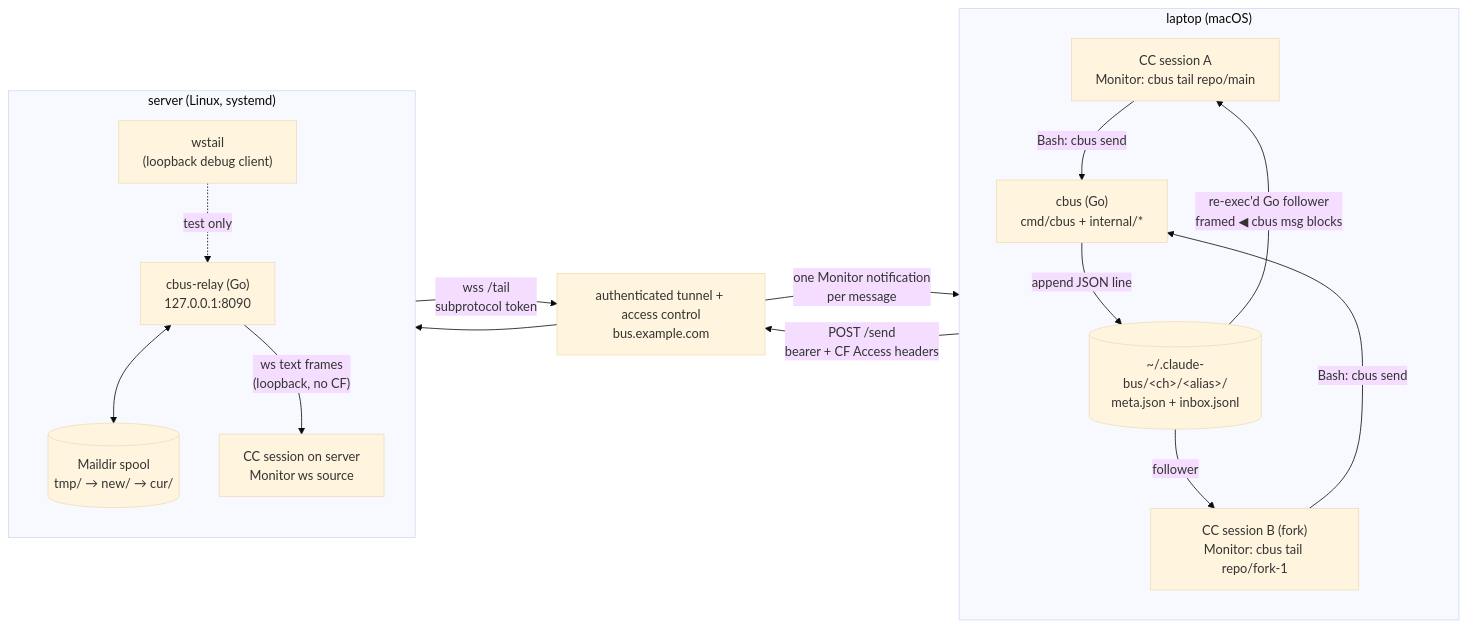
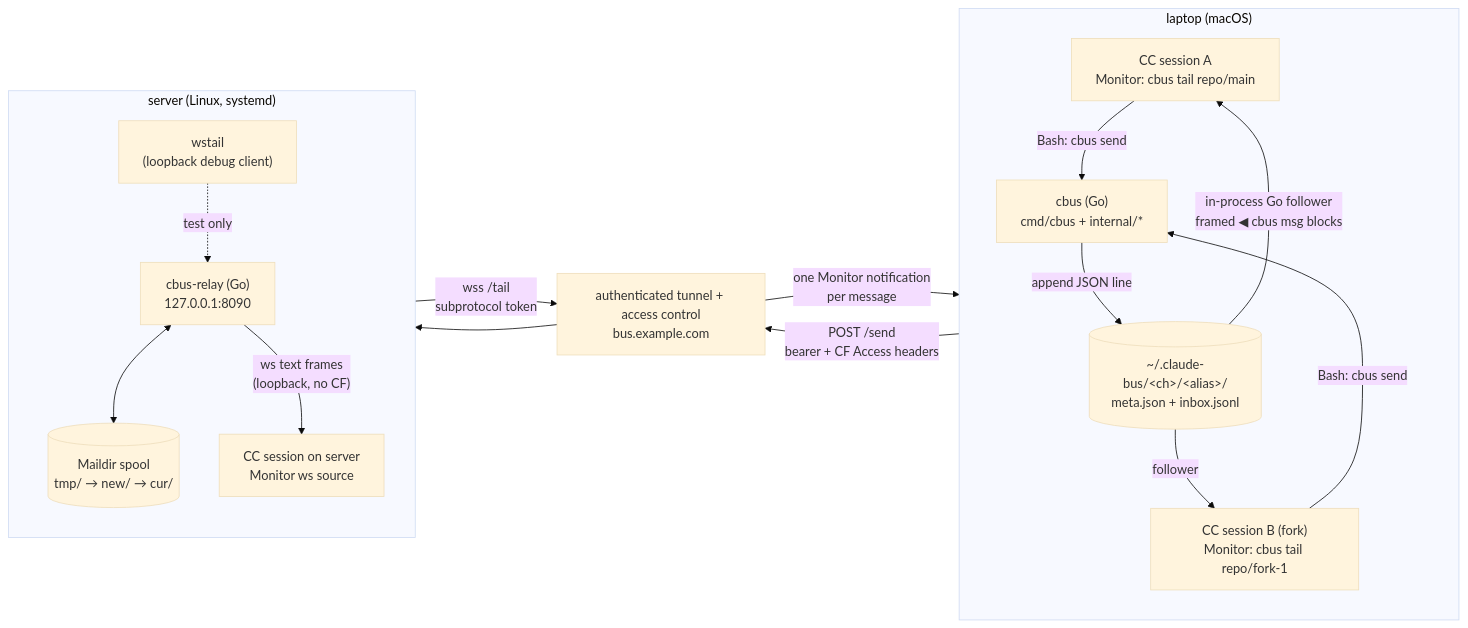
The first of 2 diagrams in docs/architecture/overview.md (cumanzor/claudebus), drawn with Mermaid (base theme) before and after one commit. The commit also changed other lines of this file and 1 other file, not shown here.

Commit message:
docs(p3): fix two more stale re-exec claims caught by scope-extension
overview.md's component table + component diagram, and protocol.md's
status block, still described the follower as re-exec'd with --inbox
in argv (the same claim just corrected in behavior-spec.md's
Go-side-equivalences note). Both now say what tranche 2 actually
shipped: in-process, no re-exec, structural (pid, starttime) identity
with the TRANSITION(P3T2) argv fallback scoped to peers armed by a
pre-P3 binary only.

````diff
--- a/docs/architecture/overview.md
+++ b/docs/architecture/overview.md
@@ -104,33 +104,33 @@
 ```mermaid
 flowchart LR
     subgraph laptop["laptop (macOS)"]
         direction TB
         sessA["CC session A<br/>Monitor: cbus tail repo/main"]
         sessB["CC session B (fork)<br/>Monitor: cbus tail repo/fork-1"]
         cli["cbus (Go)<br/>cmd/cbus + internal/*"]
         bus[("~/.claude-bus/&lt;ch&gt;/&lt;alias&gt;/<br/>meta.json + inbox.jsonl")]
         sessA -->|"Bash: cbus send"| cli
         sessB -->|"Bash: cbus send"| cli
         cli -->|append JSON line| bus
-        bus -->|"re-exec'd Go follower<br/>framed ◀ cbus msg blocks"| sessA
+        bus -->|"in-process Go follower<br/>framed ◀ cbus msg blocks"| sessA
         bus -->|follower| sessB
     end
 
     cf["authenticated tunnel + access control<br/>bus.example.com"]
 
     subgraph server["server (Linux, systemd)"]
         direction TB
         relay["cbus-relay (Go)<br/>127.0.0.1:8090"]
         spool[("Maildir spool<br/>tmp/ → new/ → cur/")]
         serverSess["CC session on server<br/>Monitor ws source"]
         wstail["wstail<br/>(loopback debug client)"]
         relay <--> spool
         relay -->|"ws text frames<br/>(loopback, no CF)"| serverSess
         wstail -.->|test only| relay
     end
 
     cli -->|"POST /send<br/>bearer + CF Access headers"| cf
     cf --> relay
     relay -->|"wss /tail<br/>subprotocol token"| cf
     cf -->|"one Monitor notification<br/>per message"| sessA
 ```
````
